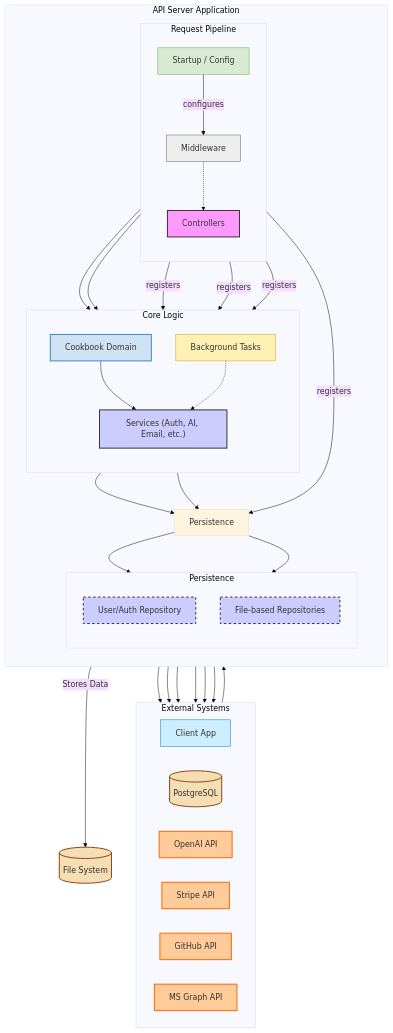
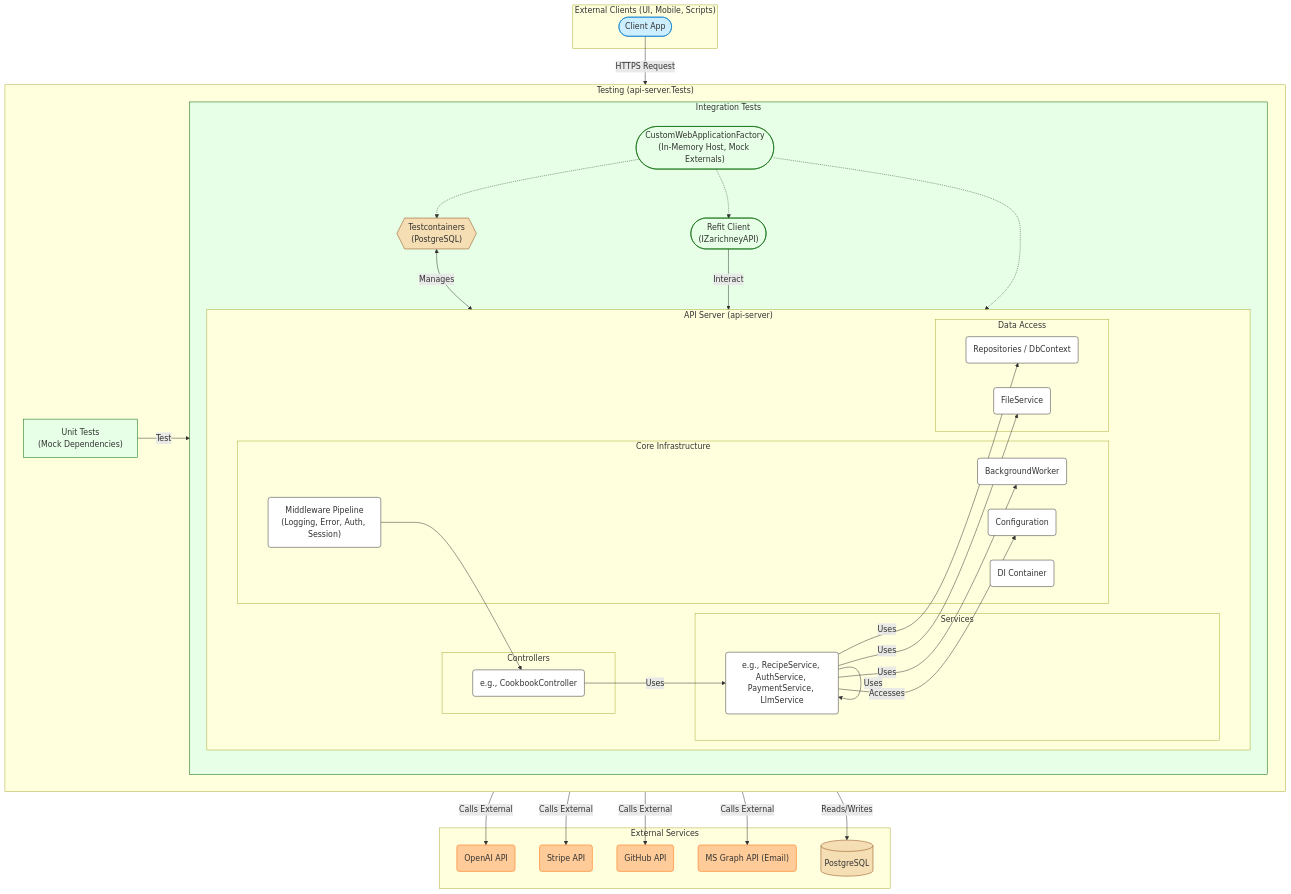
Before and after one commit to Zarichney-Development/zarichney-api: the diagram in api-server/README.md, drawn with Mermaid. The commit also changed other lines of this file and 21 other files, not shown here.

````diff
--- a/api-server/README.md
+++ b/api-server/README.md
@@ -31,97 +40,74 @@
-    ```mermaid
-    %%{init: {'theme': 'base'}}%%
-    graph TD
-        %% Define Standard Styles (as per DiagrammingStandards.md)
-        classDef controller fill:#f9f,stroke:#333,stroke-width:2px;
-        classDef service fill:#ccf,stroke:#333,stroke-width:2px;
-        classDef repository fill:#ccf,stroke:#333,stroke-width:2px,stroke-dasharray: 5 5;
-        classDef database fill:#f5deb3,stroke:#8b4513,stroke-width:2px;
-        classDef externalApi fill:#ffcc99,stroke:#ff6600,stroke-width:2px;
-        classDef middleware fill:#eee,stroke:#666,stroke-width:1px;
-        classDef background fill:#fff0b3,stroke:#cca300,stroke-width:1px;
-        classDef config fill:#d9ead3,stroke:#6aa84f,stroke-width:1px;
-        classDef startup fill:#d9ead3,stroke:#6aa84f,stroke-width:1px;
-        classDef domain fill:#cfe2f3,stroke:#3d85c6,stroke-width:2px;
-        classDef ui fill:#cceeff,stroke:#007acc,stroke-width:1px;
+```mermaid
+graph TD
+    subgraph ExternalClients ["External Clients (UI, Mobile, Scripts)"]
+        CLIENT([Client App])
+    end
 
-        %% Nodes
-        subgraph ext [External Systems]
-            direction LR
-            ClientApp[Client App]:::ui
-            PostgresDB[(PostgreSQL)]:::database
-            OpenAI[OpenAI API]:::externalApi
-            Stripe[Stripe API]:::externalApi
-            GitHub[GitHub API]:::externalApi
-            MSGraph[MS Graph API]:::externalApi
+    subgraph ApiServer ["API Server (api-server)"]
+        direction LR
+        subgraph Controllers ["Controllers"]
+            CTRL(e.g., CookbookController)
         end
+        subgraph Services ["Services"]
+            SVCS(e.g., RecipeService, AuthService, PaymentService, LlmService)
+        end
+        subgraph CoreInfra ["Core Infrastructure"]
+            DI("DI Container")
+            CONFIG("Configuration")
+            MIDDLEWARE("Middleware Pipeline\n(Logging, Error, Auth, Session)")
+            BG("BackgroundWorker")
+        end
+        subgraph Data ["Data Access"]
+             REPO(Repositories / DbContext)
+             FS("FileService")
+        end
+    end
 
-        subgraph apisrv [API Server Application]
-            direction TB
-            subgraph req_pipeline [Request Pipeline]
-                direction TB
-                Controllers[Controllers]:::controller
-                Middleware[Middleware]:::middleware
-                StartupLogic[Startup / Config]:::startup
-            end
-
-            subgraph core_logic [Core Logic]
-                direction TB
-                Services["Services (Auth, AI, Email, etc.)"]:::service
-                CookbookDomain[Cookbook Domain]:::domain
-                BackgroundTasks[Background Tasks]:::background
-            end
-
-            subgraph persistence [Persistence]
-                direction TB
-                UserRepo[User/Auth Repository]:::repository
-                FileRepo[File-based Repositories]:::repository
-            end
-
-            %% Internal High-Level Connections
-            Controllers --> Services
-            Controllers --> CookbookDomain
-            Middleware -.-> Controllers
-            %% Middleware intercepts before controllers
-            Services --> Persistence
-            CookbookDomain --> Services
-            %% e.g., Cookbook uses AI Service
-            CookbookDomain --> Persistence
-            BackgroundTasks -.-> Services
-            %% Background tasks use services via scope factory
-            Persistence --> UserRepo
-            Persistence --> FileRepo
-
-            StartupLogic -- configures --> Middleware
-            StartupLogic -- registers --> Services
-            StartupLogic -- registers --> CookbookDomain
-            StartupLogic -- registers --> Persistence
-            StartupLogic -- registers --> BackgroundTasks
+    subgraph Testing ["Testing (api-server.Tests)"]
+        direction LR
+        UNIT["Unit Tests\n(Mock Dependencies)"] -->|Test| SVCS
+        subgraph IntegrationTesting ["Integration Tests"]
+           direction TB
+           ITestClient(["Refit Client\n(IZarichneyAPI)"]) -->|Interact| ApiServer
+           DBContainer{{"Testcontainers\n(PostgreSQL)"}} <-- Manages --> REPO
+           TestFactory(["CustomWebApplicationFactory\n(In-Memory Host, Mock Externals)"]) -.-> ApiServer
+           TestFactory -.-> DBContainer
+           TestFactory -.-> ITestClient
         end
-
-        %% External Connections
-        ClientApp --> Controllers
-        UserRepo --> PostgresDB
-        FileRepo -- Stores Data --> Filesystem[(File System)]:::database
-        %% Representing FileService target
-        Services --> OpenAI
-        Services --> Stripe
-        Services --> GitHub
-        Services --> MSGraph
-        CookbookDomain --> OpenAI
-        %% Specifically for recipe processing
-
-        %% Apply Styles
-        class ClientApp ui;
-        class PostgresDB database;
-        class OpenAI,Stripe,GitHub,MSGraph externalApi;
-        class Controllers controller;
-        class Middleware middleware;
-        class StartupLogic startup;
-        class Services service;
-        class CookbookDomain domain;
-        class BackgroundTasks background;
-        class UserRepo,FileRepo repository;
-        class Filesystem database;
+    end
 
 
-    ```
+    subgraph ExternalServices ["External Services"]
+        OPENAI("OpenAI API")
+        STRIPE("Stripe API")
+        GITHUB("GitHub API")
+        MSGRAPH("MS Graph API (Email)")
+        DB[(PostgreSQL)]
+    end
+
+    CLIENT -->|HTTPS Request| MIDDLEWARE
+    MIDDLEWARE --> CTRL
+    CTRL -->|Uses| SVCS
+    SVCS -->|Uses| SVCS
+    SVCS -->|Uses| REPO
+    SVCS -->|Uses| FS
+    SVCS -->|Uses| BG
+    SVCS -->|Accesses| CONFIG
+    SVCS -->|Calls External| OPENAI
+    SVCS -->|Calls External| STRIPE
+    SVCS -->|Calls External| GITHUB
+    SVCS -->|Calls External| MSGRAPH
+    REPO -->|Reads/Writes| DB
+
+    %% Apply Styles
+    classDef default fill:#fff,stroke:#333,stroke-width:1px;
+    classDef externalApi fill:#ffcc99,stroke:#ff6600,stroke-width:1px;
+    classDef database fill:#f5deb3,stroke:#8b4513,stroke-width:1px;
+    classDef ui fill:#cceeff,stroke:#007acc,stroke-width:1px;
+    classDef test fill:#e6ffe6,stroke:#006400,stroke-width:1px;
+
+    class CLIENT ui;
+    class OPENAI,STRIPE,GITHUB,MSGRAPH externalApi;
+    class DB,DBContainer database;
+    class UNIT,IntegrationTesting,ITestClient,TestFactory test;
+```
````
